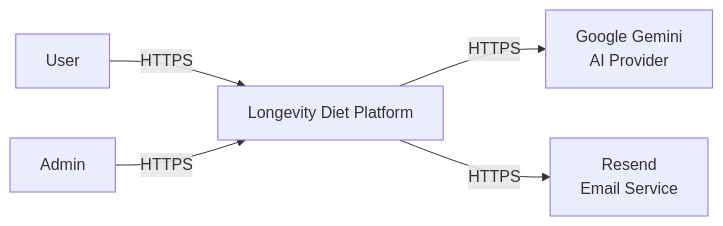
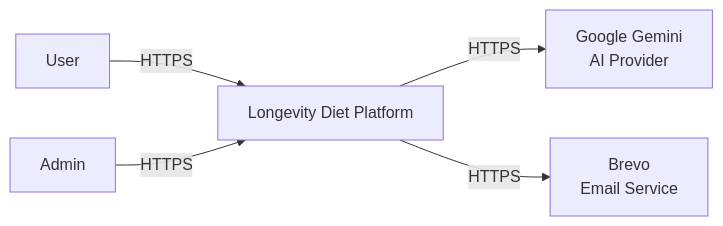
One commit to HAIANH29/PRN232_ASM_PROJECT changed the diagram in docs/c4/C0-System-Context.md. Above: the diagram before and after it, drawn with Mermaid. The commit also changed 21 other files, not shown here.

First line of the commit message:
Switch email provider from Resend to Brevo

````diff
--- a/docs/c4/C0-System-Context.md
+++ b/docs/c4/C0-System-Context.md
@@ -3,13 +3,13 @@
 ```mermaid
 flowchart LR
     User[User]
     Admin[Admin]
     Platform[Longevity Diet Platform]
     Gemini[Google Gemini\nAI Provider]
-    Resend[Resend\nEmail Service]
+    Brevo[Brevo\nEmail Service]
 
     User -->|HTTPS| Platform
     Admin -->|HTTPS| Platform
     Platform -->|HTTPS| Gemini
-    Platform -->|HTTPS| Resend
+    Platform -->|HTTPS| Brevo
 ```
````
